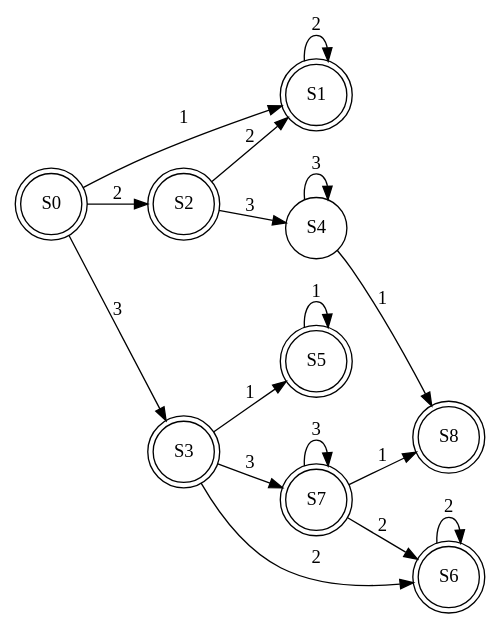
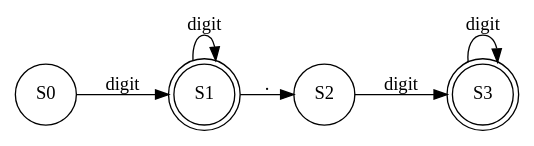
The diagram in Proyecto1/AFD_GRAPH13/automata.dot (JoseArt777/-LFP-202100305-), drawn with Graphviz before and after one commit. The commit also changed 11 other files, not shown here.

```diff
--- a/Proyecto1/AFD_GRAPH13/automata.dot
+++ b/Proyecto1/AFD_GRAPH13/automata.dot
@@ -1,21 +1,10 @@
 digraph Automata {
 rankdir=LR;
-node [shape = doublecircle]; S0 S1 S2 S3 S5 S6 S7 S8;
+node [shape = doublecircle]; S1 S3;
 node [shape = circle];
-S3 -> S5 [label="1"]
-S3 -> S6 [label="2"]
-S3 -> S7 [label="3"]
-S4 -> S8 [label="1"]
-S4 -> S4 [label="3"]
-S5 -> S5 [label="1"]
-S6 -> S6 [label="2"]
-S7 -> S8 [label="1"]
-S7 -> S6 [label="2"]
-S7 -> S7 [label="3"]
-S0 -> S1 [label="1"]
-S0 -> S2 [label="2"]
-S0 -> S3 [label="3"]
-S1 -> S1 [label="2"]
-S2 -> S1 [label="2"]
-S2 -> S4 [label="3"]
+S3 -> S3 [label="digit"]
+S0 -> S1 [label="digit"]
+S1 -> S2 [label="."]
+S1 -> S1 [label="digit"]
+S2 -> S3 [label="digit"]
 }
```
